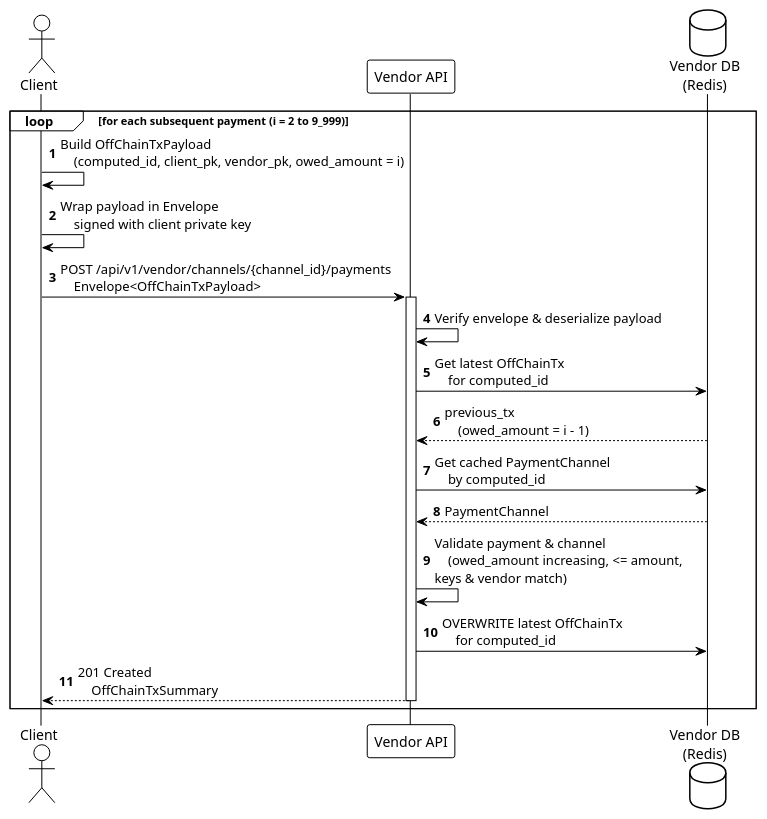
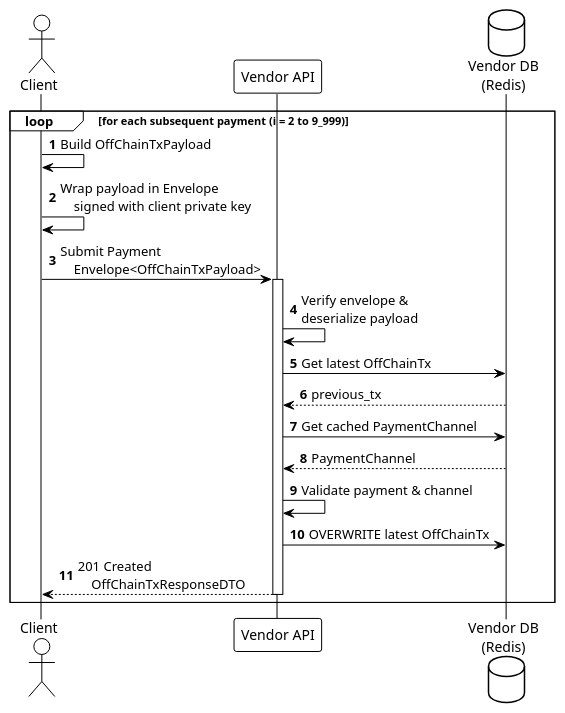
Before and after one commit to otaviootavio/nanomoni: the diagram in umls/phase2b-subsequent-payments.puml, drawn with PlantUML. The commit also changed 6 other files, not shown here.

Commit message:
update uml

```diff
--- a/umls/phase2b-subsequent-payments.puml
+++ b/umls/phase2b-subsequent-payments.puml
@@ -1,35 +1,35 @@
 @startuml Phase2b_Subsequent_Payments
 
 !theme plain
 autonumber
 
 actor "Client" as Client
 participant "Vendor API" as Vendor
 database "Vendor DB\n(Redis)" as VendorDB
 
 loop for each subsequent payment (i = 2 to 9_999)
 
-    Client -> Client: Build OffChainTxPayload\n    (computed_id, client_pk, vendor_pk, owed_amount = i)
+    Client -> Client: Build OffChainTxPayload
     Client -> Client: Wrap payload in Envelope\n    signed with client private key
 
-    Client -> Vendor: POST /api/v1/vendor/channels/{channel_id}/payments\n    Envelope<OffChainTxPayload>
+    Client -> Vendor: Submit Payment\n    Envelope<OffChainTxPayload>
     activate Vendor
 
-    Vendor -> Vendor: Verify envelope & deserialize payload
+    Vendor -> Vendor: Verify envelope &\ndeserialize payload
 
-    Vendor -> VendorDB: Get latest OffChainTx\n    for computed_id
-    VendorDB --> Vendor: previous_tx\n    (owed_amount = i - 1)
+    Vendor -> VendorDB: Get latest OffChainTx
+    VendorDB --> Vendor: previous_tx
 
-    Vendor -> VendorDB: Get cached PaymentChannel\n    by computed_id
+    Vendor -> VendorDB: Get cached PaymentChannel
     VendorDB --> Vendor: PaymentChannel
 
-    Vendor -> Vendor: Validate payment & channel\n    (owed_amount increasing, <= amount, \nkeys & vendor match)
+    Vendor -> Vendor: Validate payment & channel
 
-    Vendor -> VendorDB: OVERWRITE latest OffChainTx\n    for computed_id
+    Vendor -> VendorDB: OVERWRITE latest OffChainTx
     
-    Vendor --> Client: 201 Created\n    OffChainTxSummary
+    Vendor --> Client: 201 Created\n    OffChainTxResponseDTO
     deactivate Vendor
 
 end
 
 @enduml
```
